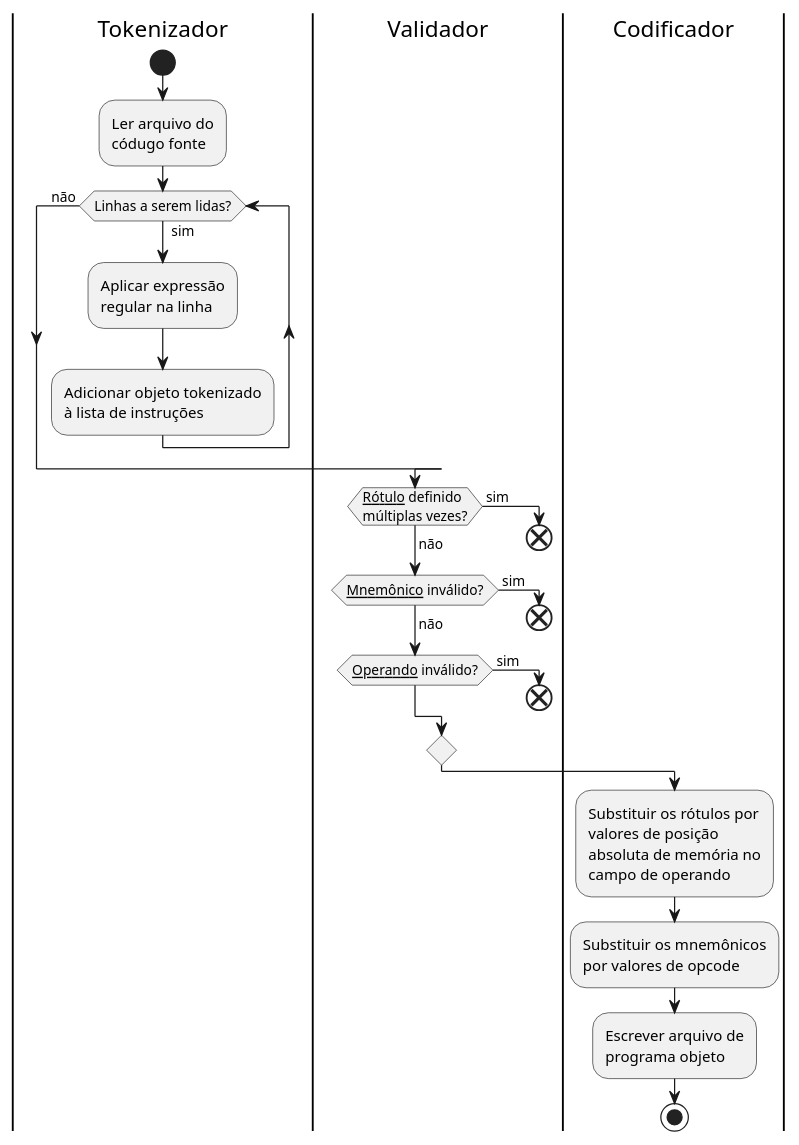
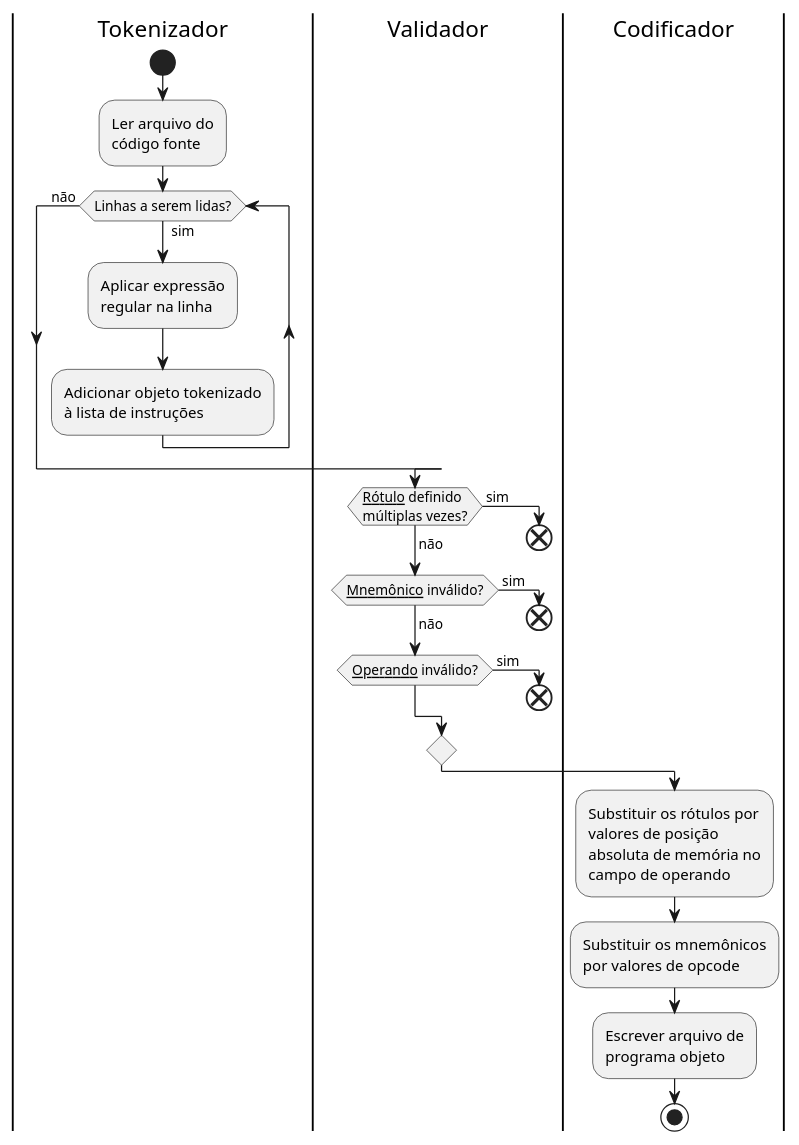
Before and after one commit to nmcardoso/von-neumann-machine: the diagram in uml/assembler_flow.puml, drawn with PlantUML. The commit also changed 35 other files, not shown here.

Commit message:
:pencil: diagramas

```diff
--- a/uml/assembler_flow.puml
+++ b/uml/assembler_flow.puml
@@ -1,42 +1,42 @@
 @startuml event_loop_flow
 !pragma useVerticalIf on
 
 |Tokenizador|
 start
 :Ler arquivo do
-códugo fonte;
+código fonte;
 
 while (Linhas a serem lidas?) is ( sim)
   :Aplicar expressão
   regular na linha;
   
   :Adicionar objeto tokenizado
   à lista de instruções;
 endwhile (não )
 
 
 |Validador|
 if (__Rótulo__ definido\nmúltiplas vezes?) then ( sim)
   end
 ( não) elseif (__Mnemônico__ inválido?) then ( sim)
   end
 ( não) elseif (__Operando__ inválido?) then ( sim)
  end
 endif
 
 
 |Codificador|
 :Substituir os rótulos por
 valores de posição
 absoluta de memória no
 campo de operando;
 
 :Substituir os mnemônicos
 por valores de opcode;
 
 :Escrever arquivo de
 programa objeto;
 
 stop
 
 @enduml
```
